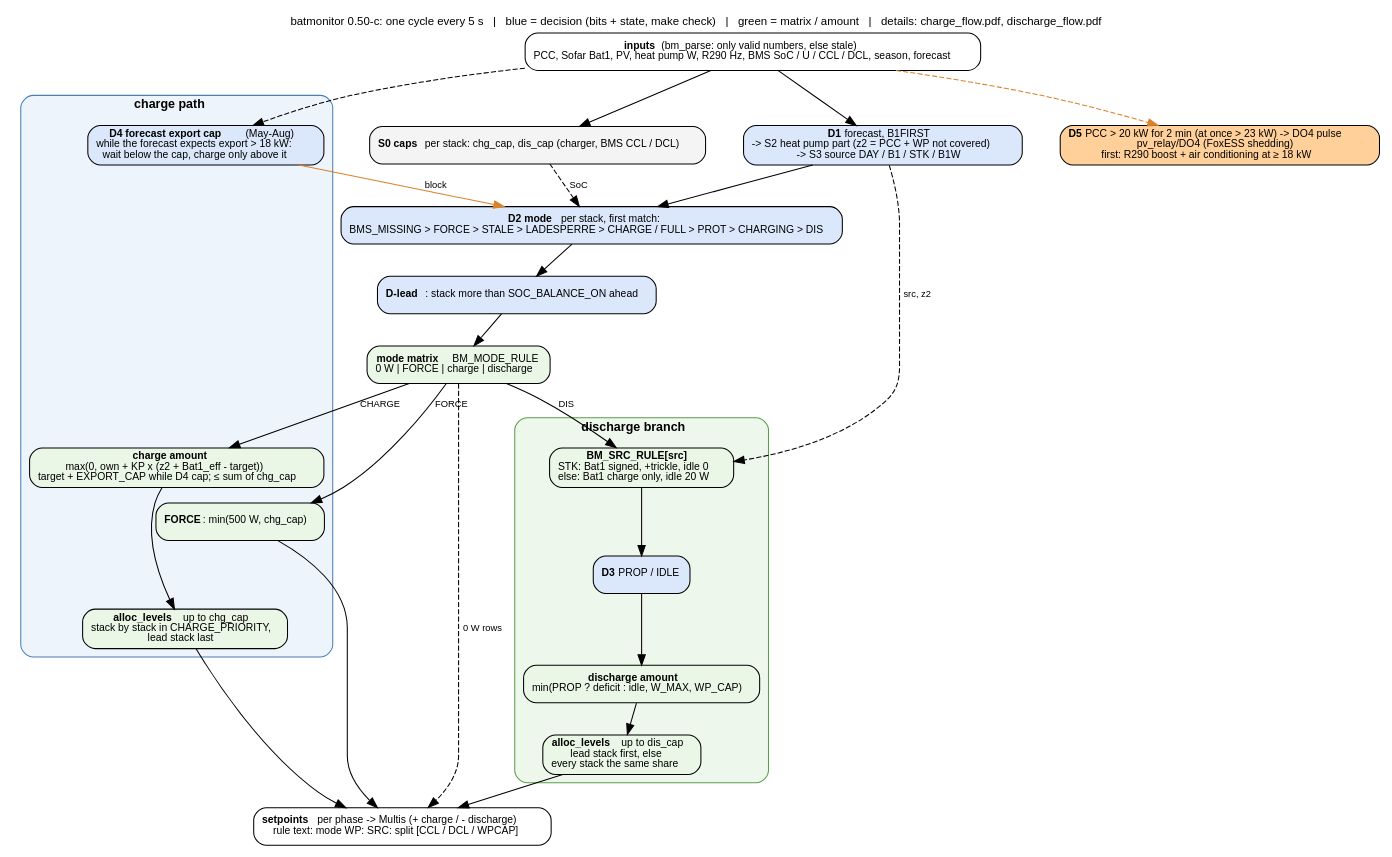
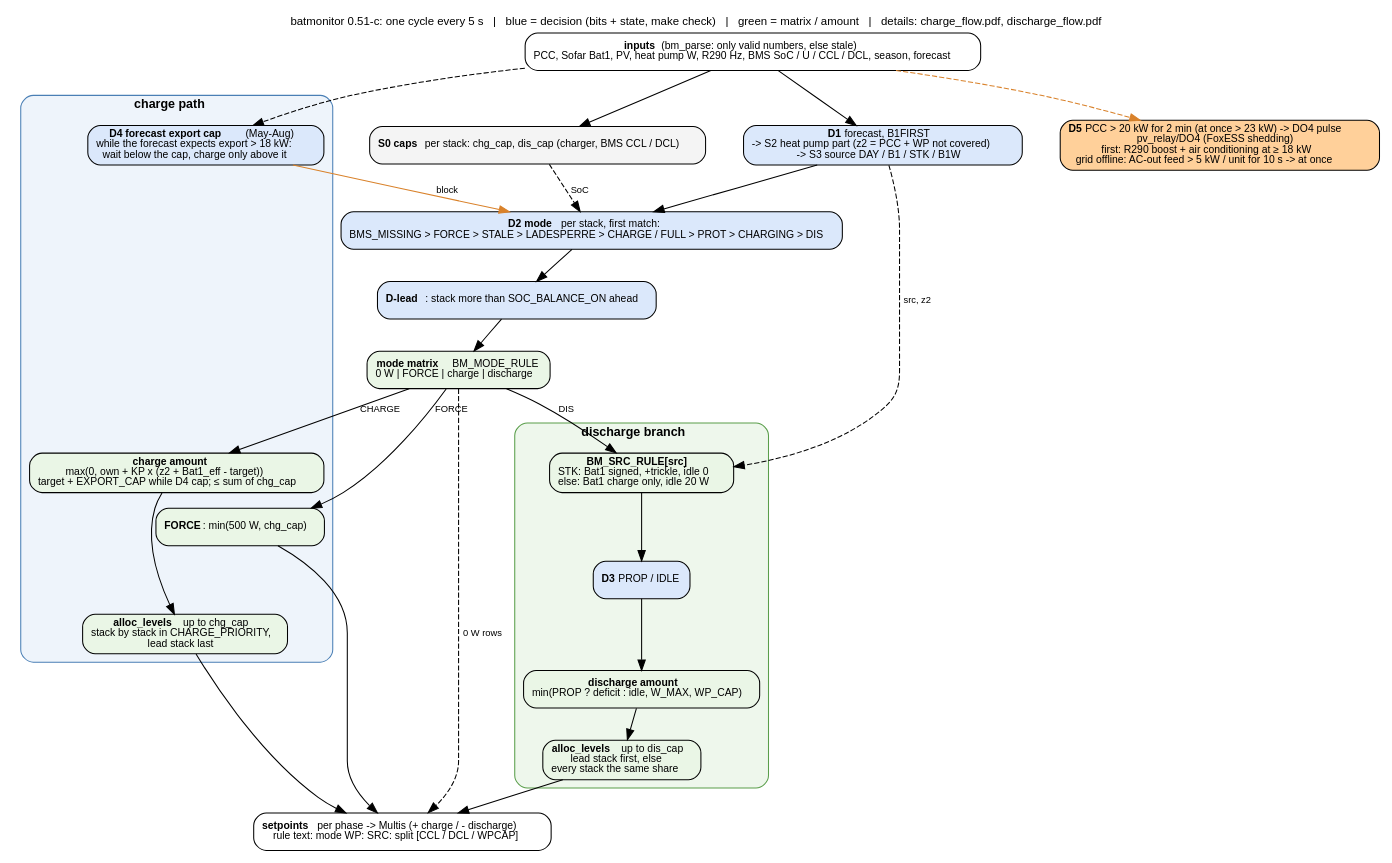
The diagram in docs/control_flow.dot (gerontec/victron), drawn with Graphviz before and after one commit. The commit also changed 14 other files, not shown here.

First line of the commit message:
batmonitor 0.51-c / 0.51-py: protection rule - DO4 when the grid is offline and PV overfeeds an AC-out

```diff
--- a/docs/control_flow.dot
+++ b/docs/control_flow.dot
@@ -1,54 +1,54 @@
 // batmonitor 0.49-c: overview of one cycle - a common trunk, then one charge path and one discharge branch.
 // Details: charge_flow.pdf (charge path, peak window) and discharge_flow.pdf (discharge matrix, CBMC coverage).
 // render: dot -Tpdf control_flow.dot -o control_flow.pdf   (or -Tpng)
 digraph control {
 	graph [rankdir=TB, fontname="Helvetica", fontsize=11, nodesep=0.5, ranksep=0.4, newrank=true,
-		   label="batmonitor 0.50-c: one cycle every 5 s   |   blue = decision (bits + state, make check)   |   green = matrix / amount   |   details: charge_flow.pdf, discharge_flow.pdf",
+		   label="batmonitor 0.51-c: one cycle every 5 s   |   blue = decision (bits + state, make check)   |   green = matrix / amount   |   details: charge_flow.pdf, discharge_flow.pdf",
 		   labelloc=t];
 	node [shape=box, style="rounded,filled", fillcolor="#f4f4f4", fontname="Helvetica", fontsize=10];
 	edge [fontname="Helvetica", fontsize=9];
 
 	in [label=<<b>inputs</b> (bm_parse: only valid numbers, else stale)<br/>PCC, Sofar Bat1, PV, heat pump W, R290 Hz, BMS SoC / U / CCL / DCL, season, forecast>, fillcolor="#ffffff"];
 	d1 [label=<<b>D1</b> forecast, B1FIRST<br/>-&gt; S2 heat pump part (z2 = PCC + WP not covered)<br/>-&gt; S3 source DAY / B1 / STK / B1W>, fillcolor="#dbe8fb"];
 	gates [label=<<b>S0 caps</b> per stack: chg_cap, dis_cap (charger, BMS CCL / DCL)>];
 	d2 [label=<<b>D2 mode</b> per stack, first match:<br/>BMS_MISSING &gt; FORCE &gt; STALE &gt; LADESPERRE &gt; CHARGE / FULL &gt; PROT &gt; CHARGING &gt; DIS>, fillcolor="#dbe8fb"];
 	lead [label=<<b>D-lead</b>: stack more than SOC_BALANCE_ON ahead>, fillcolor="#dbe8fb"];
 	mode [label=<<b>mode matrix</b> BM_MODE_RULE<br/>0 W | FORCE | charge | discharge>, fillcolor="#eaf6e6", shape=box];
 
 	subgraph cluster_charge {
 		label=<<b>charge path</b>>; style="rounded,filled"; fillcolor="#eef4fb"; color="#4a7fb5"; fontsize=12;
 		d4 [label=<<b>D4 forecast export cap</b> (May-Aug)<br/>while the forecast expects export &gt; 18 kW:<br/>wait below the cap, charge only above it>, fillcolor="#dbe8fb"];
 		cforce [label=<<b>FORCE</b>: min(500 W, chg_cap)>, fillcolor="#eaf6e6"];
 		camount [label=<<b>charge amount</b><br/>max(0, own + KP x (z2 + Bat1_eff - target))<br/>target + EXPORT_CAP while D4 cap; &le; sum of chg_cap>, fillcolor="#eaf6e6"];
 		csplit [label=<<b>alloc_levels</b> up to chg_cap<br/>stack by stack in CHARGE_PRIORITY,<br/>lead stack last>, fillcolor="#eaf6e6"];
 		camount -> csplit;
 	}
 
 	subgraph cluster_dis {
 		label=<<b>discharge branch</b>>; style="rounded,filled"; fillcolor="#eef7ec"; color="#5a9e4b"; fontsize=12;
 		src [label=<<b>BM_SRC_RULE[src]</b><br/>STK: Bat1 signed, +trickle, idle 0<br/>else: Bat1 charge only, idle 20 W>, fillcolor="#eaf6e6"];
 		d3 [label=<<b>D3</b> PROP / IDLE>, fillcolor="#dbe8fb"];
 		damount [label=<<b>discharge amount</b><br/>min(PROP ? deficit : idle, W_MAX, WP_CAP)>, fillcolor="#eaf6e6"];
 		dsplit [label=<<b>alloc_levels</b> up to dis_cap<br/>lead stack first, else<br/>every stack the same share>, fillcolor="#eaf6e6"];
 		src -> d3 -> damount -> dsplit;
 	}
 
-	d5 [label=<<b>D5</b> PCC &gt; 20 kW for 2 min (at once &gt; 23 kW) -&gt; DO4 pulse<br/>pv_relay/DO4 (FoxESS shedding)<br/>first: R290 boost + air conditioning at &ge; 18 kW>, fillcolor="#ffd09a"];
+	d5 [label=<<b>D5</b> PCC &gt; 20 kW for 2 min (at once &gt; 23 kW) -&gt; DO4 pulse<br/>pv_relay/DO4 (FoxESS shedding)<br/>first: R290 boost + air conditioning at &ge; 18 kW<br/>grid offline: AC-out feed &gt; 5 kW / unit for 10 s -&gt; at once>, fillcolor="#ffd09a"];
 	out [label=<<b>setpoints</b> per phase -&gt; Multis (+ charge / - discharge)<br/>rule text: mode WP: SRC: split [CCL / DCL / WPCAP]>, fillcolor="#ffffff"];
 
 	in -> d1 -> d2;
 	in -> gates;
 	gates -> d2 [style=dashed, label=" SoC"];
 	d2 -> lead -> mode;
 	mode -> cforce [label=" FORCE"];
 	mode -> camount [label=" CHARGE"];
 	mode -> src [label=" DIS"];
 	mode -> out [label=" 0 W rows", style=dashed];
 	d4 -> d2 [color="#d9822b", label=" block"];
 	in -> d4 [style=dashed];
 	in -> d5 [style=dashed, color="#d9822b"];
 	d1 -> src [style=dashed, label=" src, z2"];
 	cforce -> out;
 	csplit -> out;
 	dsplit -> out;
 }
```
